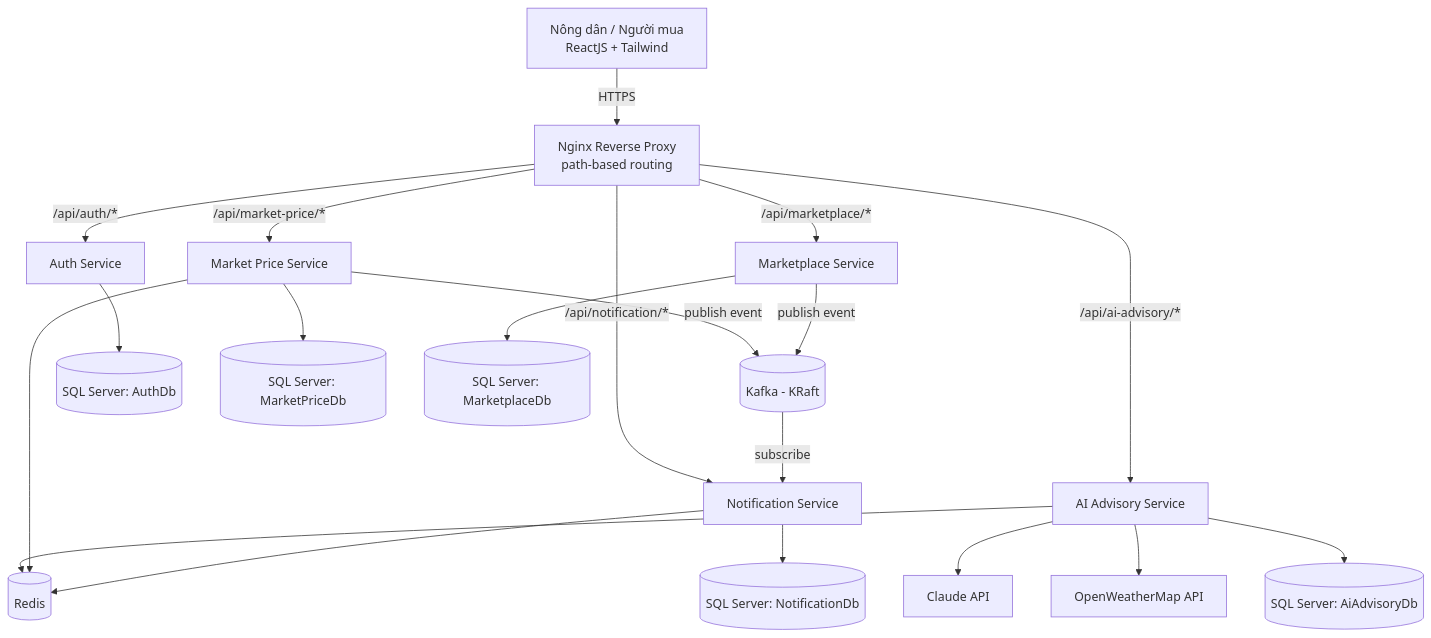
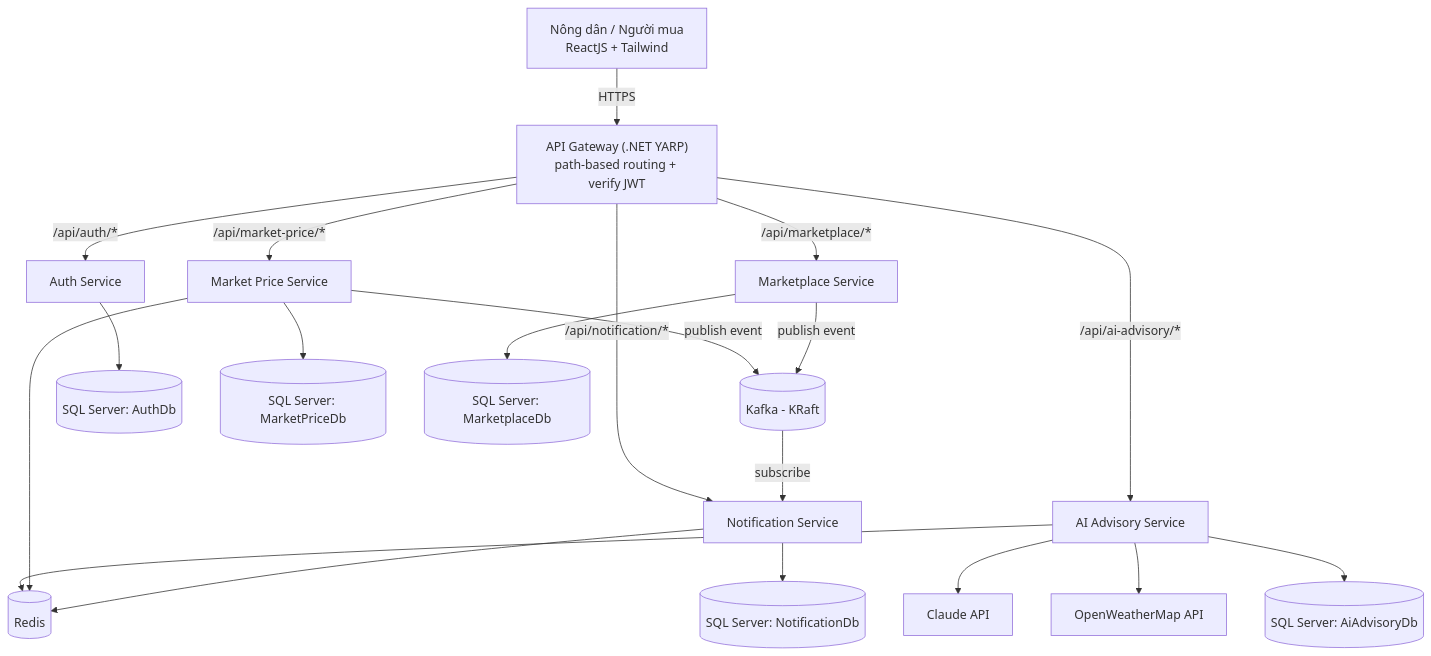
Before and after one commit to Flakes23/HappyFarmer: the diagram in docs/architecture/01-overview.md, drawn with Mermaid. The commit also changed other lines of this file and 43 other files, not shown here.

````diff
--- a/docs/architecture/01-overview.md
+++ b/docs/architecture/01-overview.md
@@ -5,25 +5,25 @@
 ```mermaid
 graph TD
-  U["Nông dân / Người mua<br/>ReactJS + Tailwind"] -->|HTTPS| NGINX["Nginx Reverse Proxy<br/>path-based routing"]
-  NGINX -->|"/api/auth/*"| AUTH[Auth Service]
-  NGINX -->|"/api/market-price/*"| MP[Market Price Service]
-  NGINX -->|"/api/ai-advisory/*"| AI[AI Advisory Service]
-  NGINX -->|"/api/marketplace/*"| MKT[Marketplace Service]
-  NGINX -->|"/api/notification/*"| NOTI[Notification Service]
+  U["Nông dân / Người mua<br/>ReactJS + Tailwind"] -->|HTTPS| GW["API Gateway (.NET YARP)<br/>path-based routing + verify JWT"]
+  GW -->|"/api/auth/*"| AUTH[Auth Service]
+  GW -->|"/api/market-price/*"| MP[Market Price Service]
+  GW -->|"/api/ai-advisory/*"| AI[AI Advisory Service]
+  GW -->|"/api/marketplace/*"| MKT[Marketplace Service]
+  GW -->|"/api/notification/*"| NOTI[Notification Service]
 
   MP -- publish event --> KAFKA[("Kafka - KRaft")]
   MKT -- publish event --> KAFKA
   KAFKA -- subscribe --> NOTI
 
   AI --> CLAUDE[Claude API]
   AI --> OWM[OpenWeatherMap API]
   AI --> REDIS[("Redis")]
   MP --> REDIS
   NOTI --> REDIS
 
   AUTH --> SQL1[("SQL Server: AuthDb")]
   MP --> SQL2[("SQL Server: MarketPriceDb")]
   AI --> SQL3[("SQL Server: AiAdvisoryDb")]
   MKT --> SQL4[("SQL Server: MarketplaceDb")]
   NOTI --> SQL5[("SQL Server: NotificationDb")]
 ```
````
